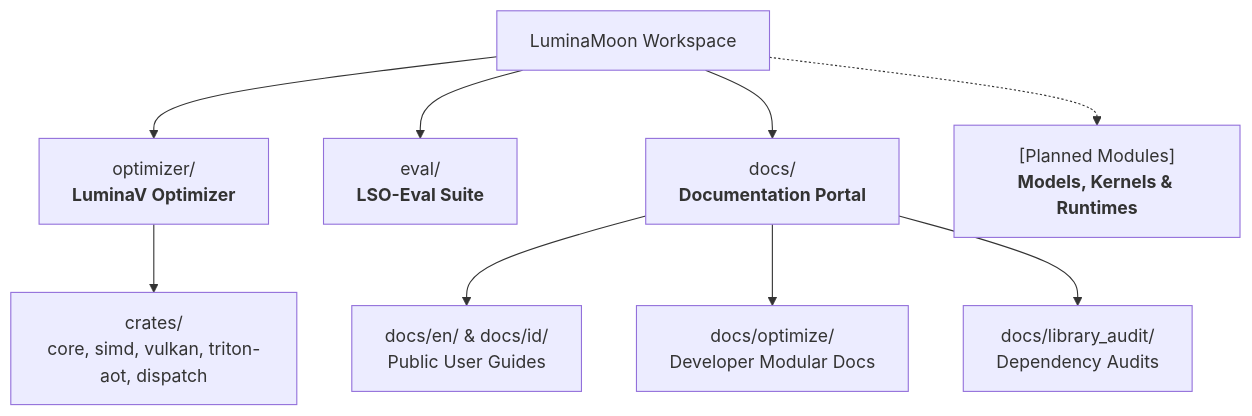
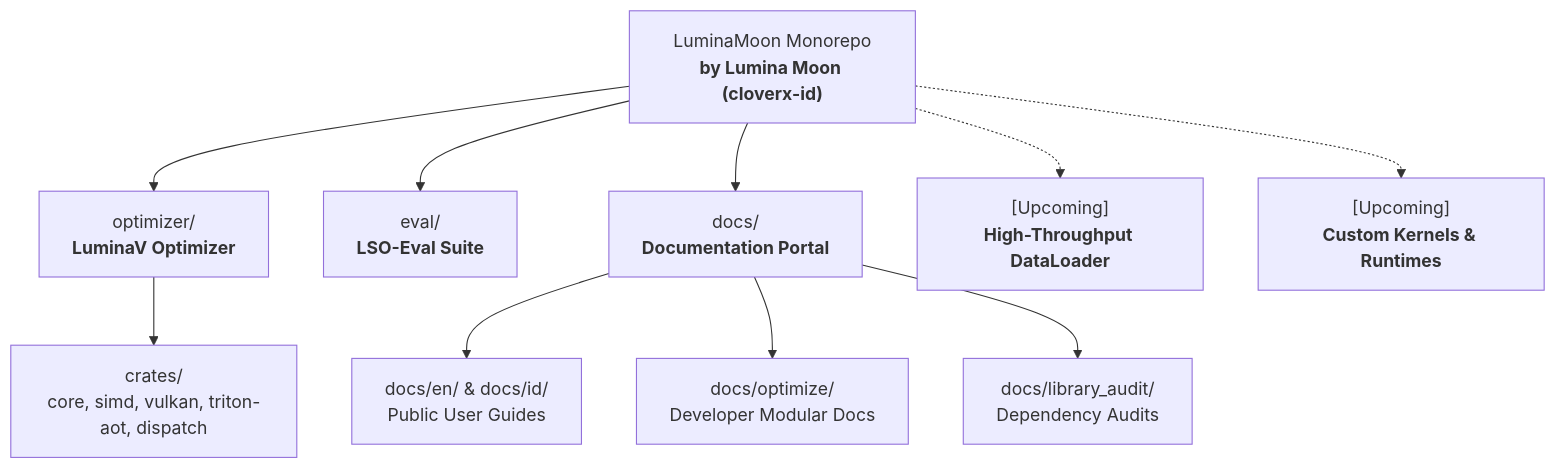
Before and after one commit to cloverx-id/luminamoon: the diagram in README.md, drawn with Mermaid. The commit also changed other lines of this file and 1 other file, not shown here.

Commit message:
docs: clarify repository identity as Lumina Moon monorepo ecosystem

````diff
--- a/README.md
+++ b/README.md
@@ -9,13 +9,14 @@
 ```mermaid
 graph TD
-    Root["LuminaMoon Workspace"]
+    Root["LuminaMoon Monorepo<br/><b>by Lumina Moon (cloverx-id)</b>"]
     Root --> Opt["optimizer/<br/><b>LuminaV Optimizer</b>"]
     Root --> Eval["eval/<br/><b>LSO-Eval Suite</b>"]
     Root --> Docs["docs/<br/><b>Documentation Portal</b>"]
-    Root -.-> Ext["[Planned Modules]<br/><b>Models, Kernels & Runtimes</b>"]
+    Root -.-> Data["[Upcoming]<br/><b>High-Throughput DataLoader</b>"]
+    Root -.-> Ext["[Upcoming]<br/><b>Custom Kernels & Runtimes</b>"]
 
     Opt --> OptCrates["crates/<br/>core, simd, vulkan, triton-aot, dispatch"]
     Docs --> DocsPub["docs/en/ & docs/id/<br/>Public User Guides"]
     Docs --> DocsDev["docs/optimize/<br/>Developer Modular Docs"]
     Docs --> DocsAudit["docs/library_audit/<br/>Dependency Audits"]
 ```
````
